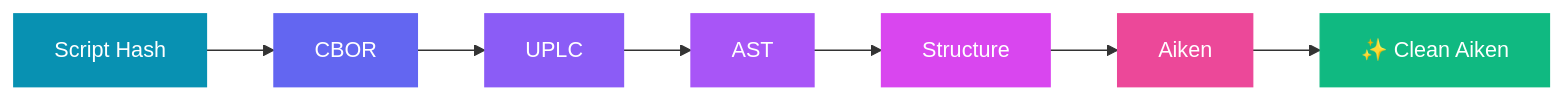
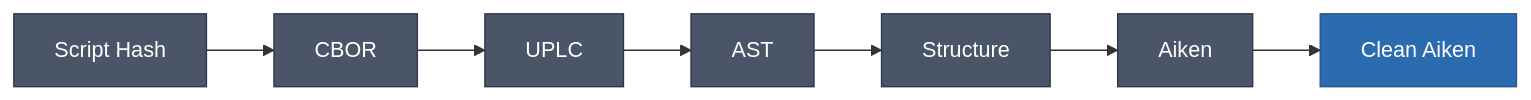
The diagram in README.md (will-break-it/uplc), drawn with Mermaid before and after one commit. The commit also changed other lines of this file, not shown here.

Commit message:
chore: remove emoji and use subtle colors in diagram

````diff
--- a/README.md
+++ b/README.md
@@ -13,17 +13,17 @@
 ```mermaid
 flowchart LR
     A[Script Hash] --> B[CBOR]
     B --> C[UPLC]
     C --> D[AST]
     D --> E[Structure]
     E --> F[Aiken]
-    F --> G[✨ Clean Aiken]
+    F --> G[Clean Aiken]
     
-    style A fill:#0891b2,stroke:#0891b2,color:#fff
-    style B fill:#6366f1,stroke:#6366f1,color:#fff
-    style C fill:#8b5cf6,stroke:#8b5cf6,color:#fff
-    style D fill:#a855f7,stroke:#a855f7,color:#fff
-    style E fill:#d946ef,stroke:#d946ef,color:#fff
-    style F fill:#ec4899,stroke:#ec4899,color:#fff
-    style G fill:#10b981,stroke:#10b981,color:#fff
+    style A fill:#4a5568,stroke:#2d3748,color:#fff
+    style B fill:#4a5568,stroke:#2d3748,color:#fff
+    style C fill:#4a5568,stroke:#2d3748,color:#fff
+    style D fill:#4a5568,stroke:#2d3748,color:#fff
+    style E fill:#4a5568,stroke:#2d3748,color:#fff
+    style F fill:#4a5568,stroke:#2d3748,color:#fff
+    style G fill:#2b6cb0,stroke:#2c5282,color:#fff
 ```
````
